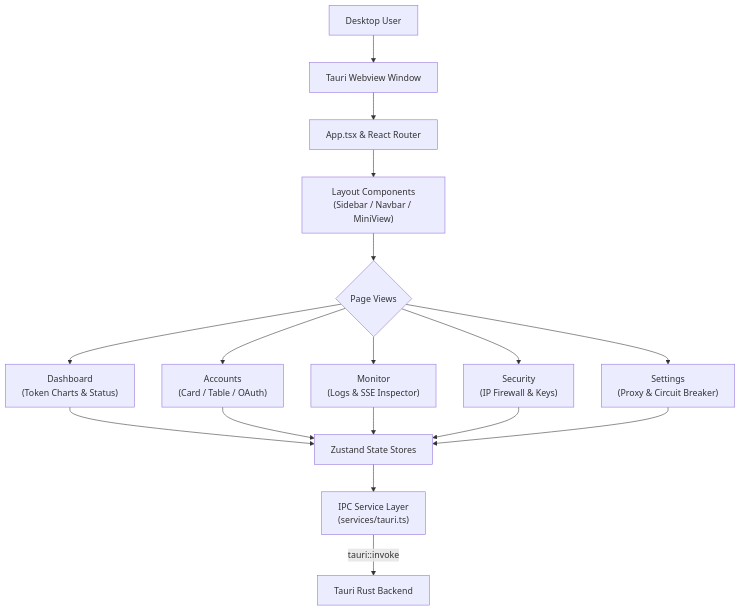
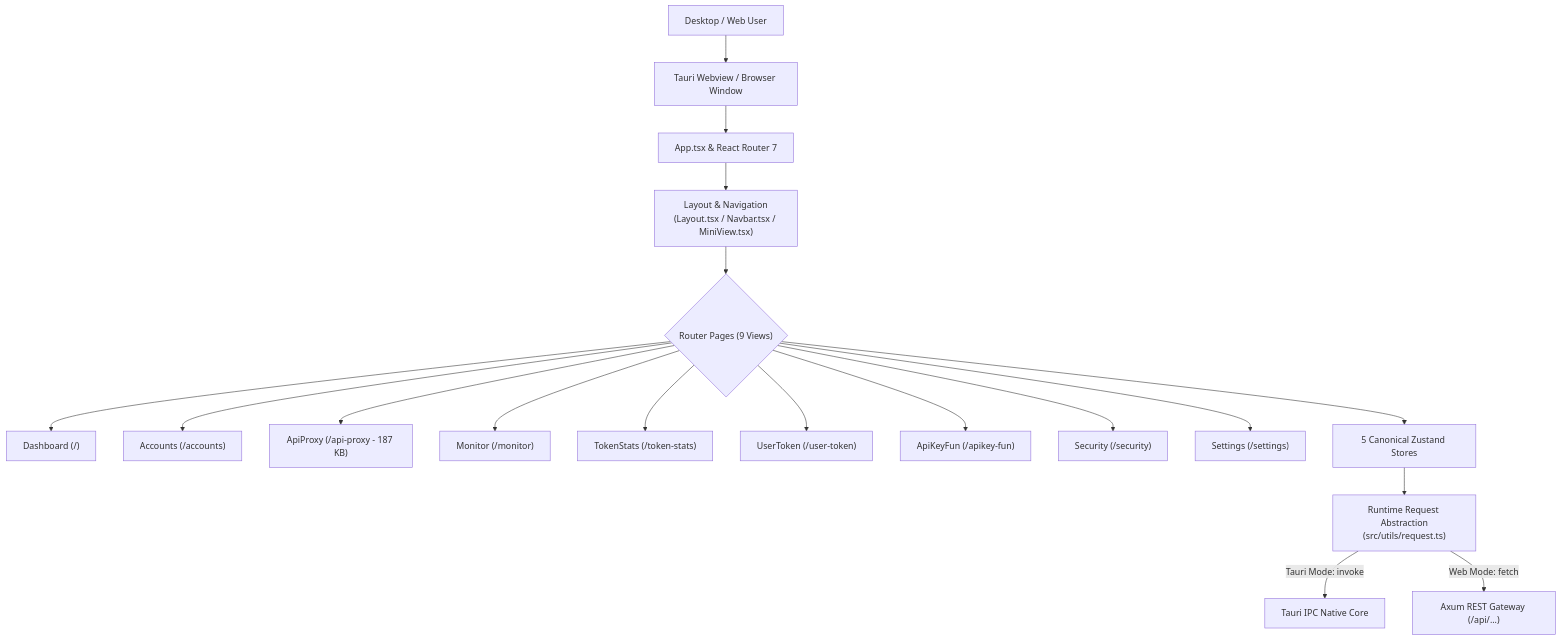
The diagram in 02-spec/21-app/05-frontend-ui-and-state-management.md (alimtvnetwork/Antigravity-Manager), drawn with Mermaid before and after one commit. The commit also changed other lines of this file and 23 other files, not shown here.

````diff
--- a/02-spec/21-app/05-frontend-ui-and-state-management.md
+++ b/02-spec/21-app/05-frontend-ui-and-state-management.md
@@ -22,15 +22,20 @@
 ```mermaid
 graph TD
-    User["Desktop User"] --> Webview["Tauri Webview Window"]
-    Webview --> App["App.tsx & React Router"]
-    App --> Navigation["Layout Components\n(Sidebar / Navbar / MiniView)"]
-    Navigation --> Pages{"Page Views"}
-    Pages --> Dashboard["Dashboard\n(Token Charts & Status)"]
-    Pages --> Accounts["Accounts\n(Card / Table / OAuth)"]
-    Pages --> Monitor["Monitor\n(Logs & SSE Inspector)"]
-    Pages --> Security["Security\n(IP Firewall & Keys)"]
-    Pages --> Settings["Settings\n(Proxy & Circuit Breaker)"]
-    Dashboard & Accounts & Monitor & Security & Settings --> Stores["Zustand State Stores"]
-    Stores --> Services["IPC Service Layer\n(services/tauri.ts)"]
-    Services -->|tauri::invoke| RustBackend["Tauri Rust Backend"]
+    User["Desktop / Web User"] --> Container["Tauri Webview / Browser Window"]
+    Container --> App["App.tsx & React Router 7"]
+    App --> Layout["Layout & Navigation\n(Layout.tsx / Navbar.tsx / MiniView.tsx)"]
+    Layout --> Pages{"Router Pages (9 Views)"}
+    Pages --> Dashboard["Dashboard (/)"]
+    Pages --> Accounts["Accounts (/accounts)"]
+    Pages --> ApiProxy["ApiProxy (/api-proxy - 187 KB)"]
+    Pages --> Monitor["Monitor (/monitor)"]
+    Pages --> TokenStats["TokenStats (/token-stats)"]
+    Pages --> UserToken["UserToken (/user-token)"]
+    Pages --> ApiKeyFun["ApiKeyFun (/apikey-fun)"]
+    Pages --> Security["Security (/security)"]
+    Pages --> Settings["Settings (/settings)"]
+    Pages --> Stores["5 Canonical Zustand Stores"]
+    Stores --> RequestGateway["Runtime Request Abstraction\n(src/utils/request.ts)"]
+    RequestGateway -->|Tauri Mode: invoke| TauriIPC["Tauri IPC Native Core"]
+    RequestGateway -->|Web Mode: fetch| HTTPGateway["Axum REST Gateway (/api/...)"]
 ```
````
